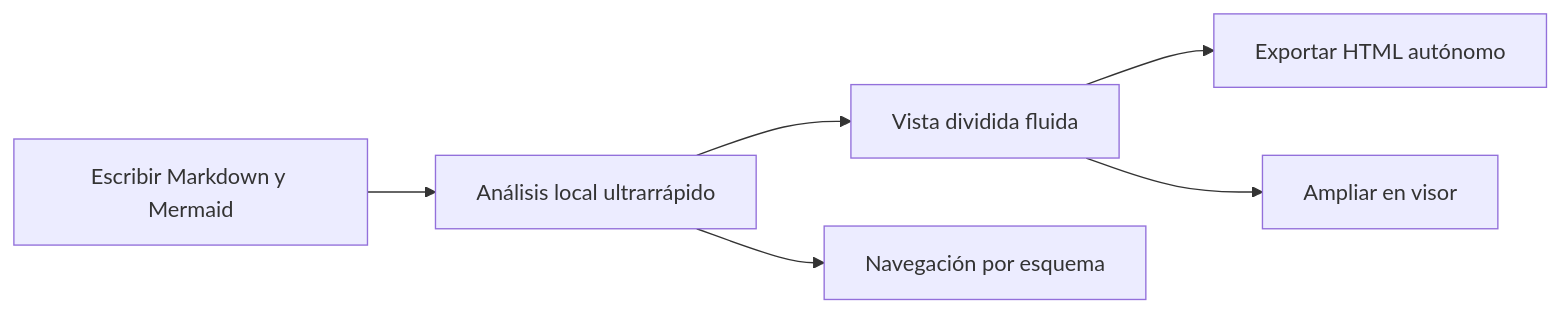
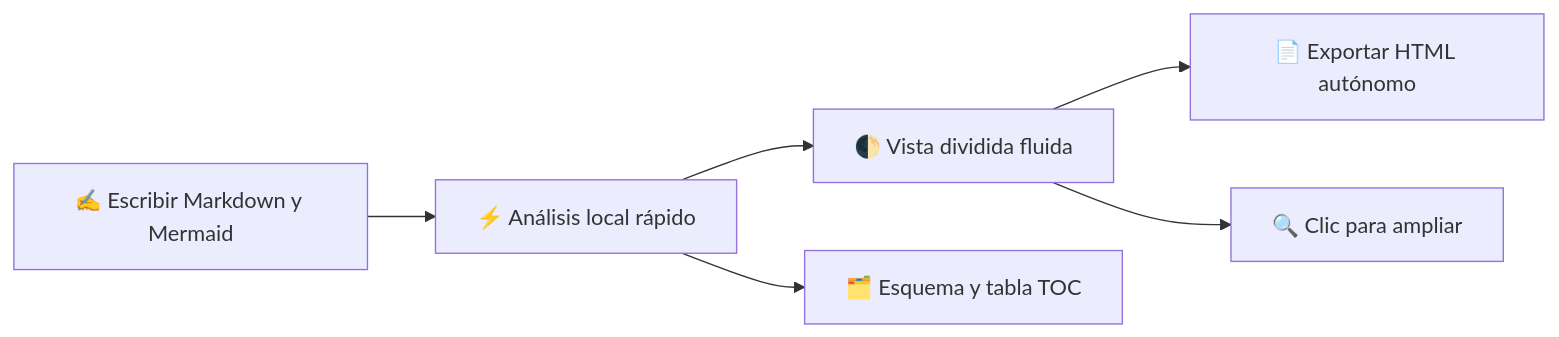
The diagram in crates/zmark_app/assets/welcome/es.md (2716190547/zmark), drawn with Mermaid before and after one commit. The commit also changed other lines of this file and 32 other files, not shown here.

````diff
--- a/crates/zmark_app/assets/welcome/es.md
+++ b/crates/zmark_app/assets/welcome/es.md
@@ -72,8 +84,8 @@
 ```mermaid
 flowchart LR
-    Write["Escribir Markdown y Mermaid"] --> Parse["Análisis local ultrarrápido"]
-    Parse --> Split["Vista dividida fluida"]
-    Parse --> Outline["Navegación por esquema"]
-    Split --> Export["Exportar HTML autónomo"]
-    Split --> Lightbox["Ampliar en visor"]
+    Write["✍️ Escribir Markdown y Mermaid"] --> Parse["⚡️ Análisis local rápido"]
+    Parse --> Split["🌓 Vista dividida fluida"]
+    Parse --> Outline["🗂️ Esquema y tabla TOC"]
+    Split --> Export["📄 Exportar HTML autónomo"]
+    Split --> Lightbox["🔍 Clic para ampliar"]
 ```
````
